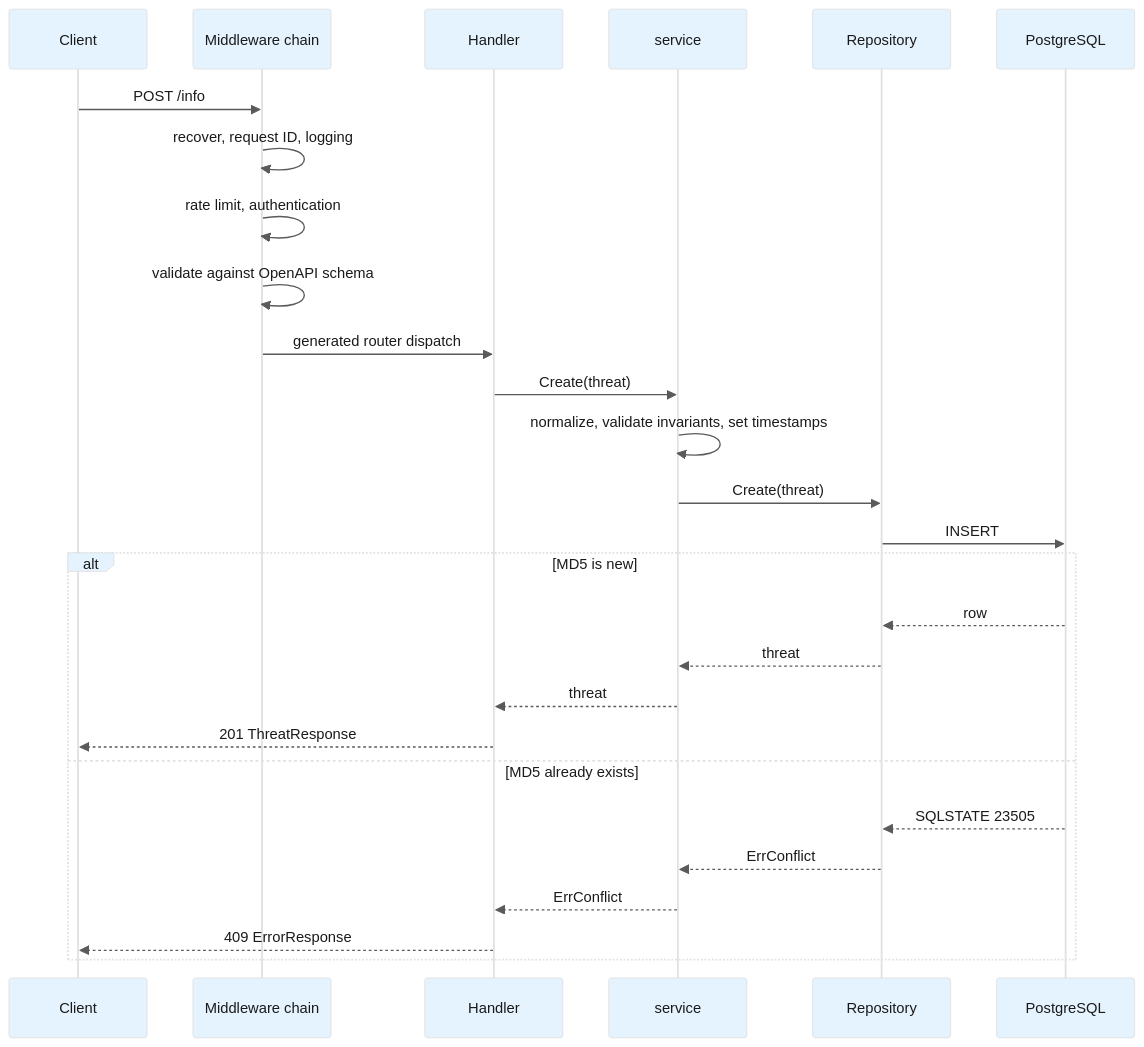
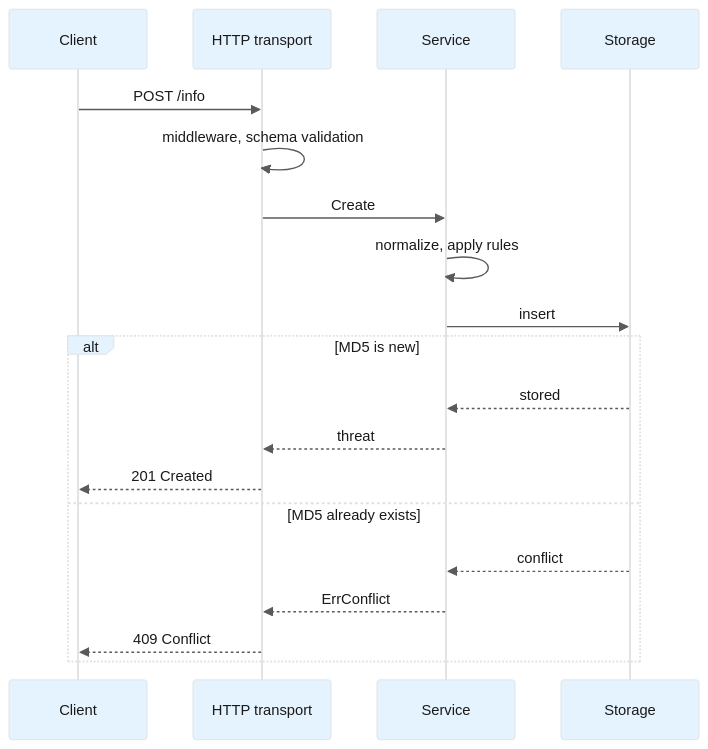
Before and after one commit to HAL-X9/threat-info-service: the second of 2 diagrams in ARCHITECTURE.md, drawn with Mermaid. The commit also changed other lines of this file and 11 other files, not shown here.

````diff
--- a/ARCHITECTURE.md
+++ b/ARCHITECTURE.md
@@ -78,33 +50,24 @@
 ```mermaid
 %%{init: {'theme':'base', 'themeVariables': {'actorBkg':'#e5f3ff','actorBorder':'#e0e1e2','actorTextColor':'#1a1a1a','actorLineColor':'#e0e1e2','signalColor':'#5a5a5a','signalTextColor':'#1a1a1a','noteBkgColor':'#e5f3ff','noteBorderColor':'#e0e1e2','noteTextColor':'#1a1a1a','sequenceNumberColor':'#1a1a1a'}}}%%
 sequenceDiagram
     participant C as Client
-    participant M as Middleware chain
-    participant H as Handler
-    participant S as service
-    participant R as Repository
-    participant D as PostgreSQL
+    participant H as HTTP transport
+    participant S as Service
+    participant D as Storage
 
-    C->>M: POST /info
-    M->>M: recover, request ID, logging
-    M->>M: rate limit, authentication
-    M->>M: validate against OpenAPI schema
-    M->>H: generated router dispatch
-
-    H->>S: Create(threat)
-    S->>S: normalize, validate invariants, set timestamps
-    S->>R: Create(threat)
-    R->>D: INSERT
+    C->>H: POST /info
+    H->>H: middleware, schema validation
+    H->>S: Create
+    S->>S: normalize, apply rules
+    S->>D: insert
 
     alt MD5 is new
-        D-->>R: row
-        R-->>S: threat
+        D-->>S: stored
         S-->>H: threat
-        H-->>C: 201 ThreatResponse
+        H-->>C: 201 Created
     else MD5 already exists
-        D-->>R: SQLSTATE 23505
-        R-->>S: ErrConflict
+        D-->>S: conflict
         S-->>H: ErrConflict
-        H-->>C: 409 ErrorResponse
+        H-->>C: 409 Conflict
     end
 ```
````
